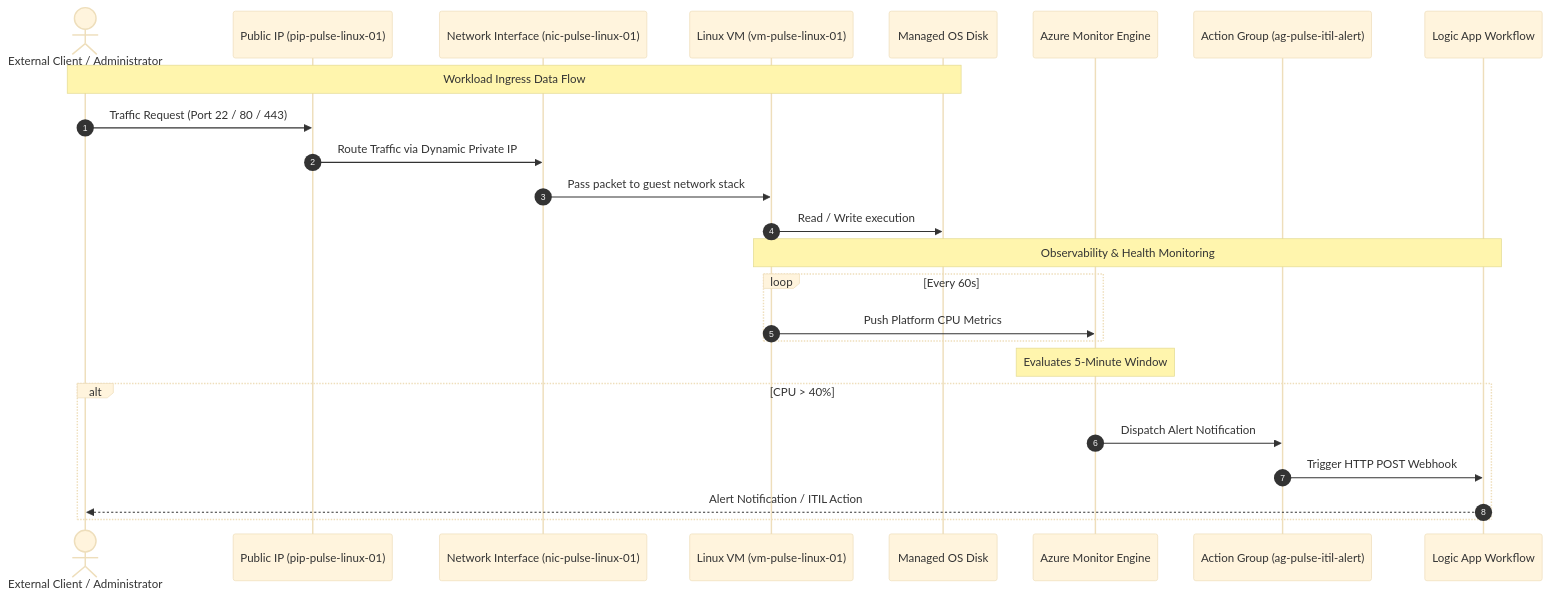
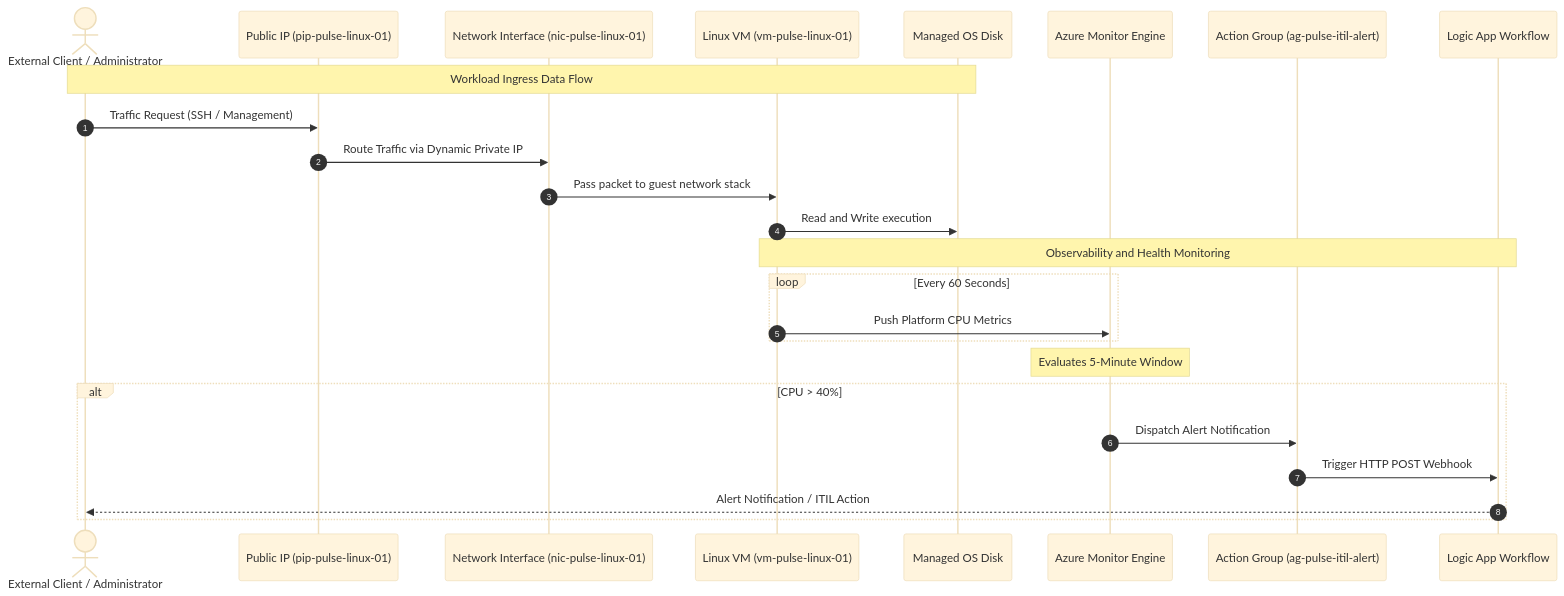
Before and after one commit to pahujarvp/pulse-terraform: the fourth of 4 diagrams in architecture/diagrams.md, drawn with Mermaid (base theme). The commit also changed other lines of this file and 6 other files, not shown here.

Commit message:
docs: update architecture showcase documentation and diagrams

````diff
--- a/architecture/diagrams.md
+++ b/architecture/diagrams.md
@@ -110,29 +108,29 @@
 ```mermaid
 sequenceDiagram
     autonumber
     actor Client as External Client / Administrator
     participant PIP as Public IP (pip-pulse-linux-01)
     participant NIC as Network Interface (nic-pulse-linux-01)
     participant VM as Linux VM (vm-pulse-linux-01)
     participant Storage as Managed OS Disk
     participant Monitor as Azure Monitor Engine
     participant AG as Action Group (ag-pulse-itil-alert)
     participant Logic as Logic App Workflow
 
     Note over Client,Storage: Workload Ingress Data Flow
-    Client->>PIP: Traffic Request (Port 22 / 80 / 443)
+    Client->>PIP: Traffic Request (SSH / Management)
     PIP->>NIC: Route Traffic via Dynamic Private IP
     NIC->>VM: Pass packet to guest network stack
-    VM->>Storage: Read / Write execution
+    VM->>Storage: Read and Write execution
 
-    Note over VM,Logic: Observability & Health Monitoring
-    loop Every 60s
+    Note over VM,Logic: Observability and Health Monitoring
+    loop Every 60 Seconds
         VM->>Monitor: Push Platform CPU Metrics
     end
     Note over Monitor: Evaluates 5-Minute Window
     alt CPU > 40%
         Monitor->>AG: Dispatch Alert Notification
         AG->>Logic: Trigger HTTP POST Webhook
         Logic-->>Client: Alert Notification / ITIL Action
     end
 ```
````
